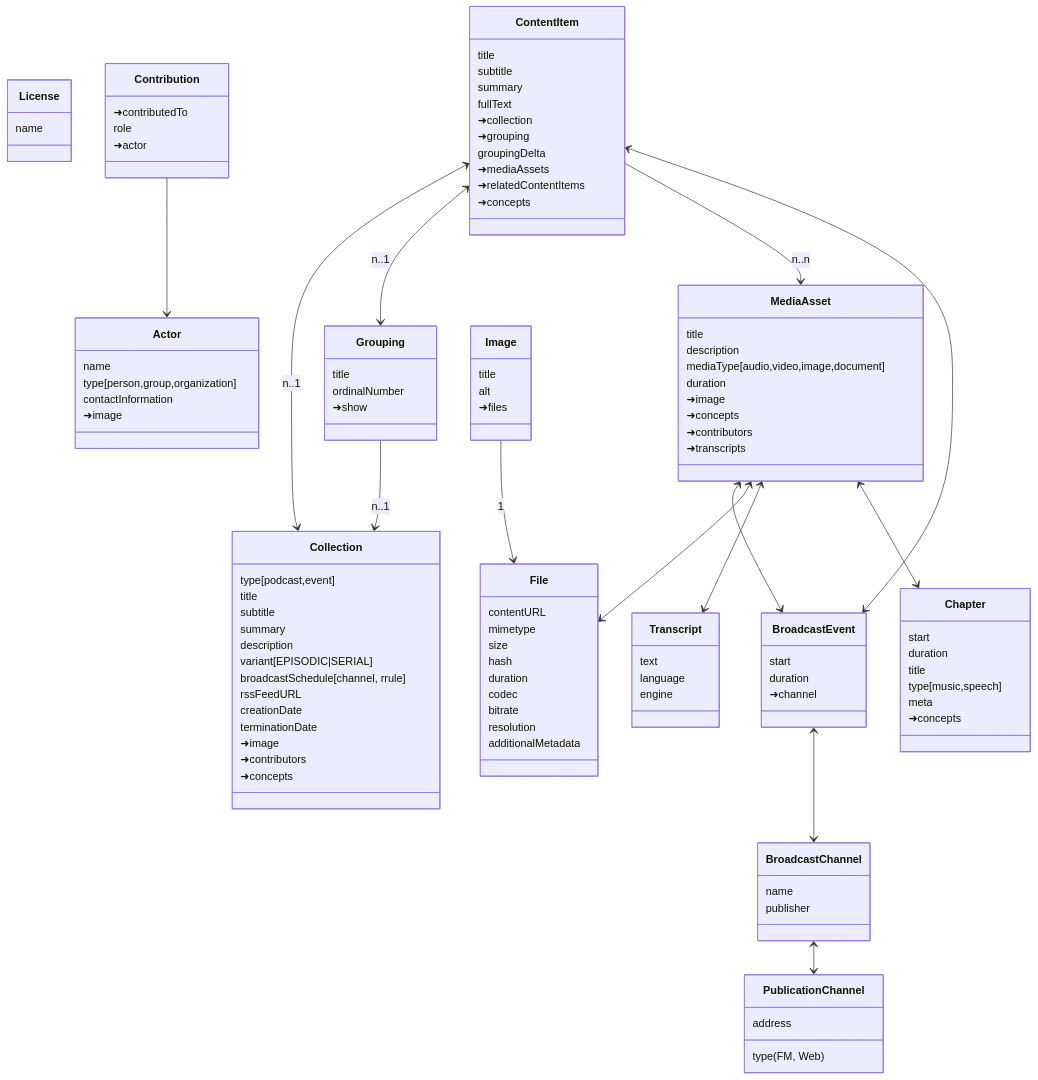
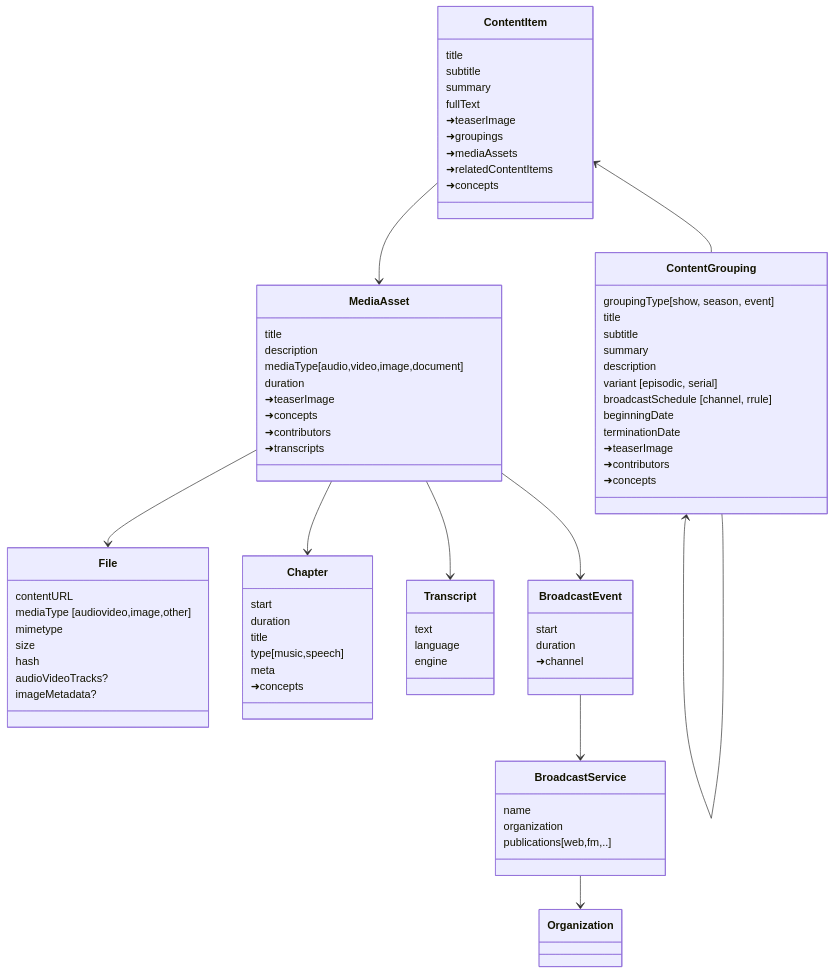
The first of 3 diagrams in datamodel.md (repco-org/repco), drawn with Mermaid before and after one commit.

````diff
--- a/datamodel.md
+++ b/datamodel.md
@@ -10,29 +10,54 @@
 ```mermaid
 classDiagram
-class License {
-    name
+class ContentGrouping {
+    groupingType[show, season, event]
+    title
+    subtitle
+    summary
+    description
+    variant [episodic, serial]
+    broadcastSchedule [channel, rrule]
+    
+    beginningDate
+    terminationDate
+    
+    ➜teaserImage
+    ➜contributors
+    ➜concepts
 }
-class File {
-    contentURL
-    mimetype
-    size
-    hash
-    duration
-    codec
-    bitrate
-    resolution
-    additionalMetadata
+class ContentItem {
+    title
+    subtitle
+    summary
+    fullText
+    ➜teaserImage
+    ➜groupings
+    ➜mediaAssets
+    ➜relatedContentItems
+    ➜concepts
 }
+
 class MediaAsset {
    title
    description
    mediaType[audio,video,image,document]
    duration
-   ➜image
+   ➜teaserImage
    ➜concepts
    ➜contributors
    ➜transcripts
 }
+
+class File {
+    contentURL
+    mediaType [audiovideo,image,other]
+    mimetype
+    size
+    hash
+    audioVideoTracks?
+    imageMetadata?
+}
+
 class Chapter {
     start
     duration
@@ -47,88 +72,25 @@
     engine
 }
 
-class Collection {
-    type[podcast,event]
-    title
-    subtitle
-    summary
-    description
-    variant[EPISODIC|SERIAL]
-    broadcastSchedule[channel, rrule]
-    rssFeedURL
-    
-    creationDate
-    terminationDate
-    
-    ➜image
-    ➜contributors
-    ➜concepts
-}
-
 class BroadcastEvent {
     start
     duration
     ➜channel
 }
-class BroadcastChannel {
+class BroadcastService {
     name
-    publisher
-}
-class PublicationChannel {
-    type(FM, Web)
-    address
-}
-class ContentItem {
-    title
-    subtitle
-    summary
-    fullText
-    
-    ➜collection
-    ➜grouping
-    groupingDelta
-    ➜mediaAssets
-    ➜relatedContentItems
-    ➜concepts
+    organization 
+    publications[web,fm,..]
 }
 
-class Grouping {
-    title
-    ordinalNumber
-    ➜show
-}
-
-class Actor {
-    name
-    type[person,group,organization]
-    contactInformation
-    ➜image
-}
-
-class Image {
-    title
-    alt
-    ➜files
-}
-
-class Contribution {
-    ➜contributedTo
-    role
-    ➜actor
-}
-
-Contribution --> Actor
-Image --> File: 1
-ContentItem <--> Collection: n..1
-ContentItem <--> Grouping: n..1
-ContentItem --> MediaAsset: n..n
-ContentItem <--> BroadcastEvent
-Grouping --> Collection: n..1
-BroadcastEvent <--> BroadcastChannel
-BroadcastChannel <--> PublicationChannel
-MediaAsset <--> BroadcastEvent
-MediaAsset <--> File
-MediaAsset <--> Transcript
-MediaAsset <--> Chapter
+ContentItem <-- ContentGrouping
+ContentGrouping <-- ContentGrouping
+ContentItem --> MediaAsset
+BroadcastEvent --> BroadcastService
+BroadcastService --> Organization
+MediaAsset --> BroadcastEvent
+MediaAsset --> File
+MediaAsset --> Transcript
+MediaAsset --> Chapter
 
 ```
````
